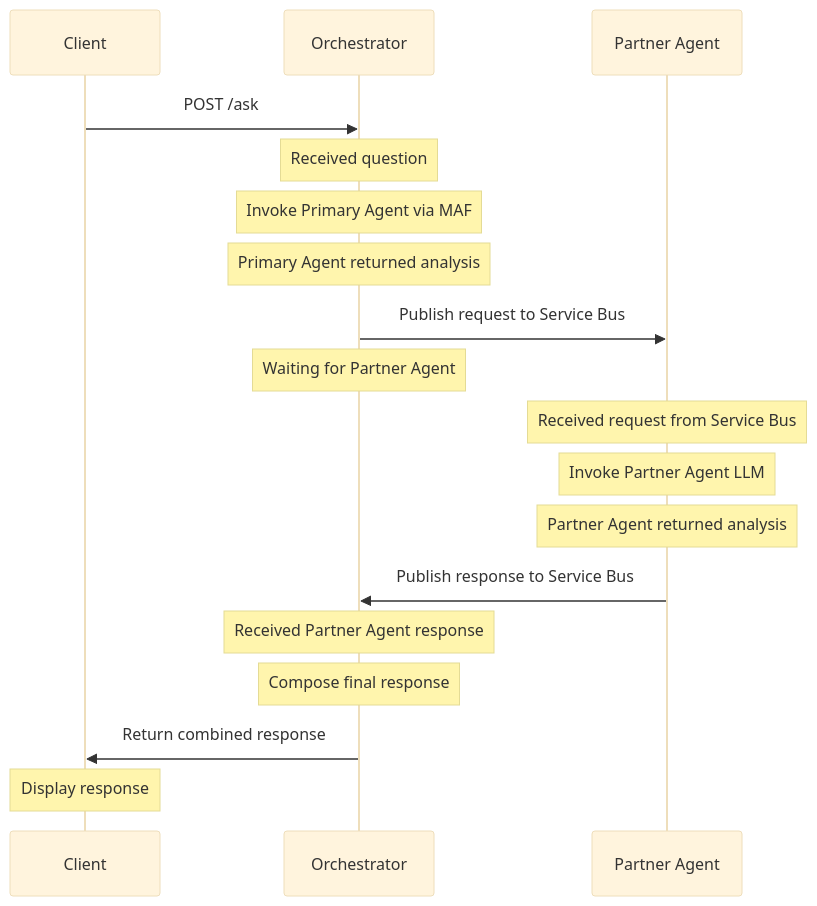
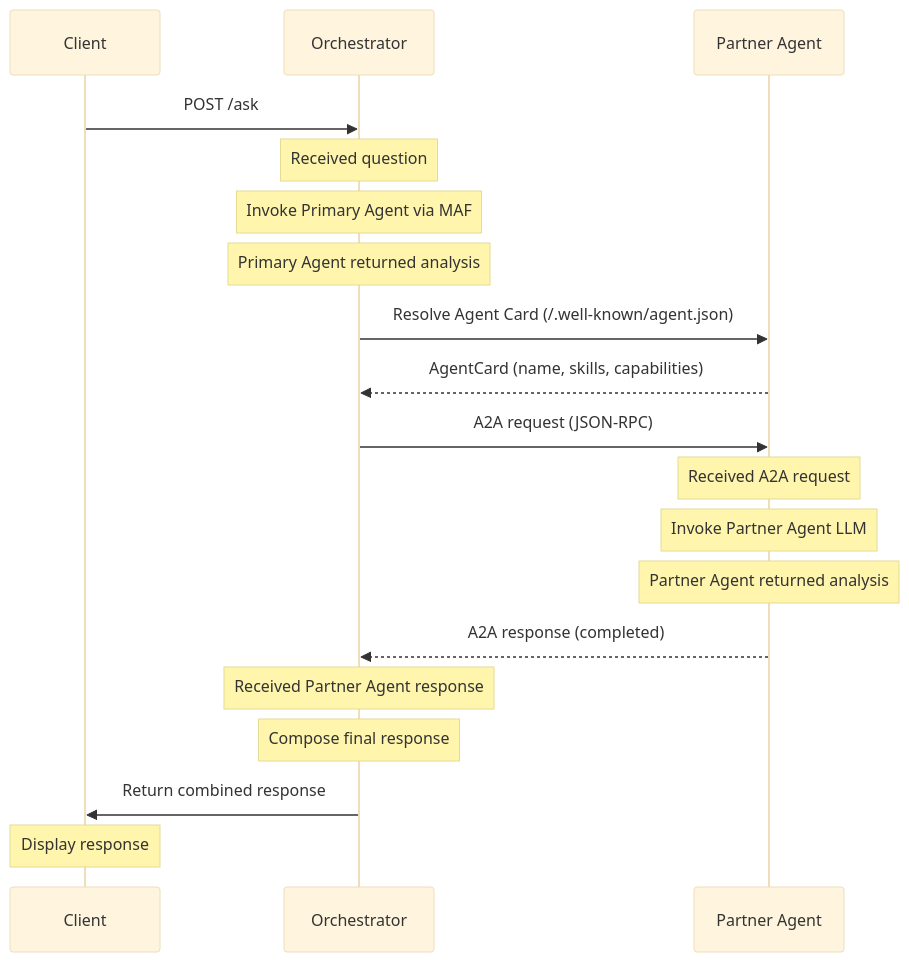
The diagram in sample/DEMO.md (macieljrBiz/maf-a2a-servicebus), drawn with Mermaid (base theme) before and after one commit. The commit also changed other lines of this file and 12 other files, not shown here.

First line of the commit message:
feat: Integrate A2A SDK and refactor Partner Agent to use A2A protocol

````diff
--- a/sample/DEMO.md
+++ b/sample/DEMO.md
@@ -97,21 +98,22 @@
 ```mermaid
 sequenceDiagram
     participant C as Client
     participant A as Orchestrator
     participant B as Partner Agent
 
     C->>A: POST /ask
     Note over A: Received question
     Note over A: Invoke Primary Agent via MAF
     Note over A: Primary Agent returned analysis
-    A->>B: Publish request to Service Bus
-    Note over A: Waiting for Partner Agent
-    Note over B: Received request from Service Bus
+    A->>B: Resolve Agent Card (/.well-known/agent.json)
+    B-->>A: AgentCard (name, skills, capabilities)
+    A->>B: A2A request (JSON-RPC)
+    Note over B: Received A2A request
     Note over B: Invoke Partner Agent LLM
     Note over B: Partner Agent returned analysis
-    B->>A: Publish response to Service Bus
+    B-->>A: A2A response (completed)
     Note over A: Received Partner Agent response
     Note over A: Compose final response
     A->>C: Return combined response
     Note over C: Display response
 ```
````
